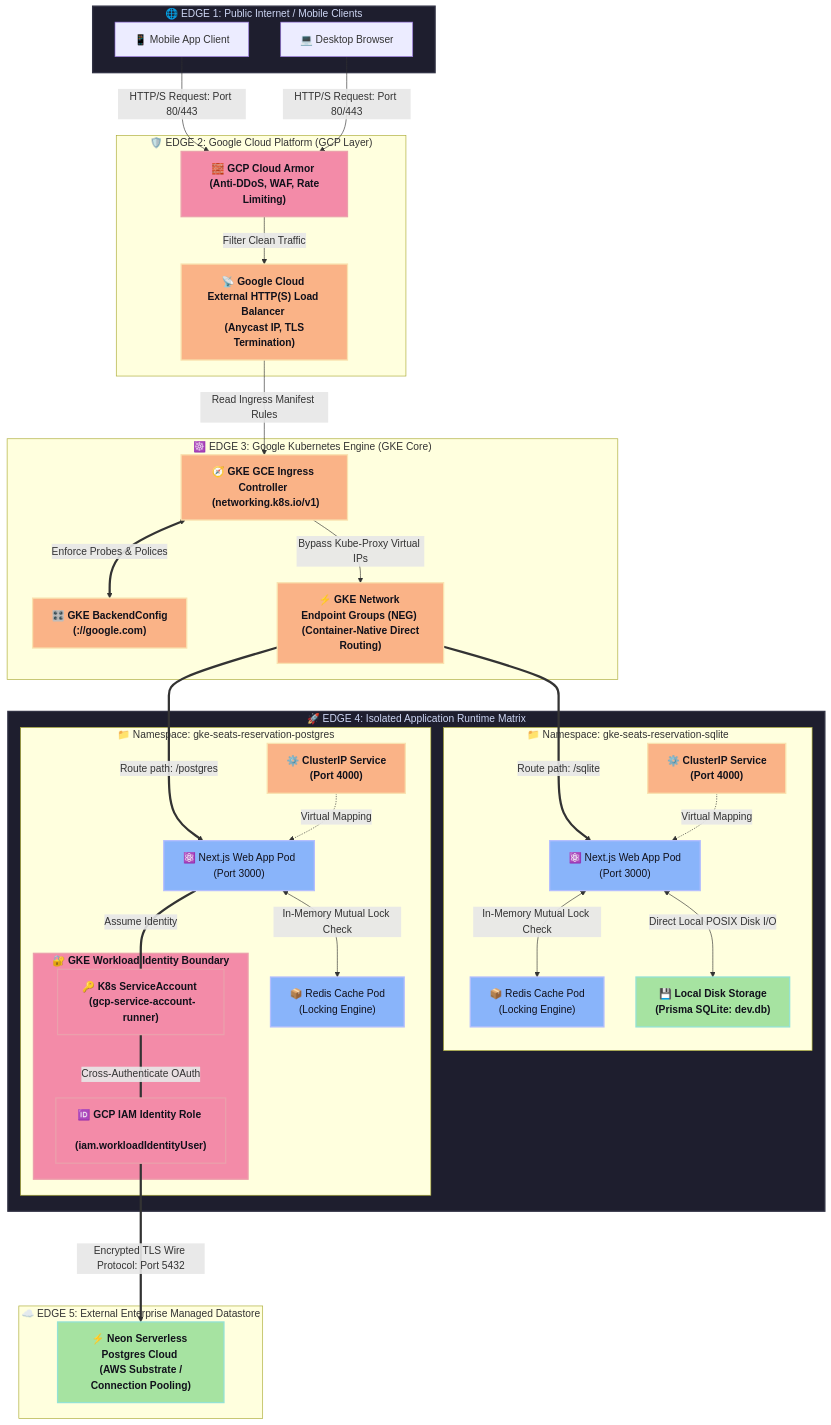
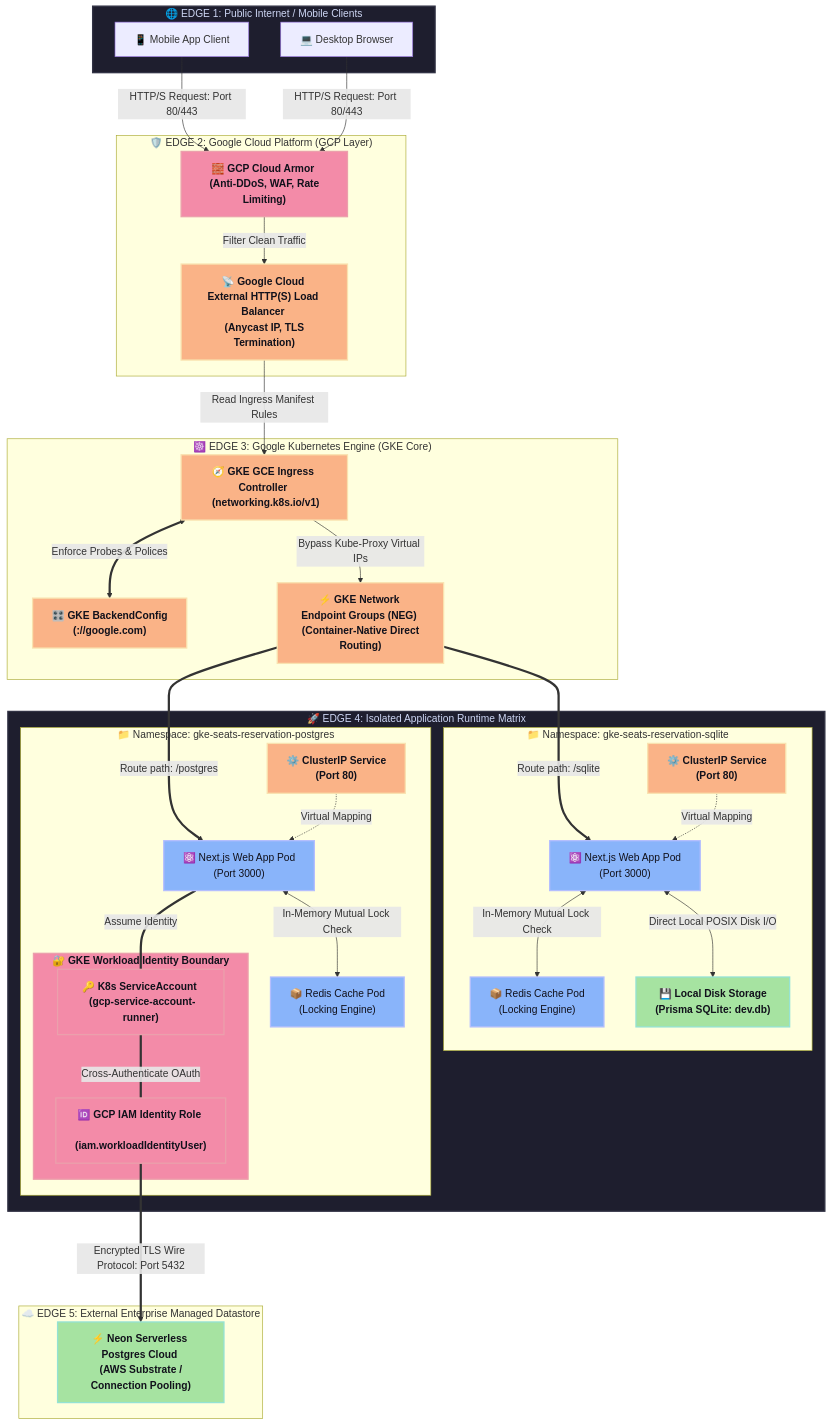
Before and after one commit to hainguyen81/seats-reservation-management: the diagram in README.md, drawn with Mermaid. The commit also changed 1 other file, not shown here.

Commit message:
- update README.md

```diff
--- a/README.md
+++ b/README.md
@@ -540,7 +540,7 @@
         
         %% NS 1: SQLITE ENGINE
         subgraph NS_SQLITE ["📁 Namespace: gke-seats-reservation-sqlite"]
-            D1["⚙️ ClusterIP Service <br> (Port 4000)"]
+            D1["⚙️ ClusterIP Service <br> (Port 80)"]
             D2["⚛️ Next.js Web App Pod <br> (Port 3000)"]
             D3["📦 Redis Cache Pod <br> (Locking Engine)"]
             D4["💾 Local Disk Storage <br> (Prisma SQLite: dev.db)"]
@@ -548,7 +548,7 @@
 
         %% NS 2: POSTGRES ENGINE
         subgraph NS_POSTGRES ["📁 Namespace: gke-seats-reservation-postgres"]
-            E1["⚙️ ClusterIP Service <br> (Port 4000)"]
+            E1["⚙️ ClusterIP Service <br> (Port 80)"]
             E2["⚛️ Next.js Web App Pod <br> (Port 3000)"]
             E3["📦 Redis Cache Pod <br> (Locking Engine)"]
             
```
